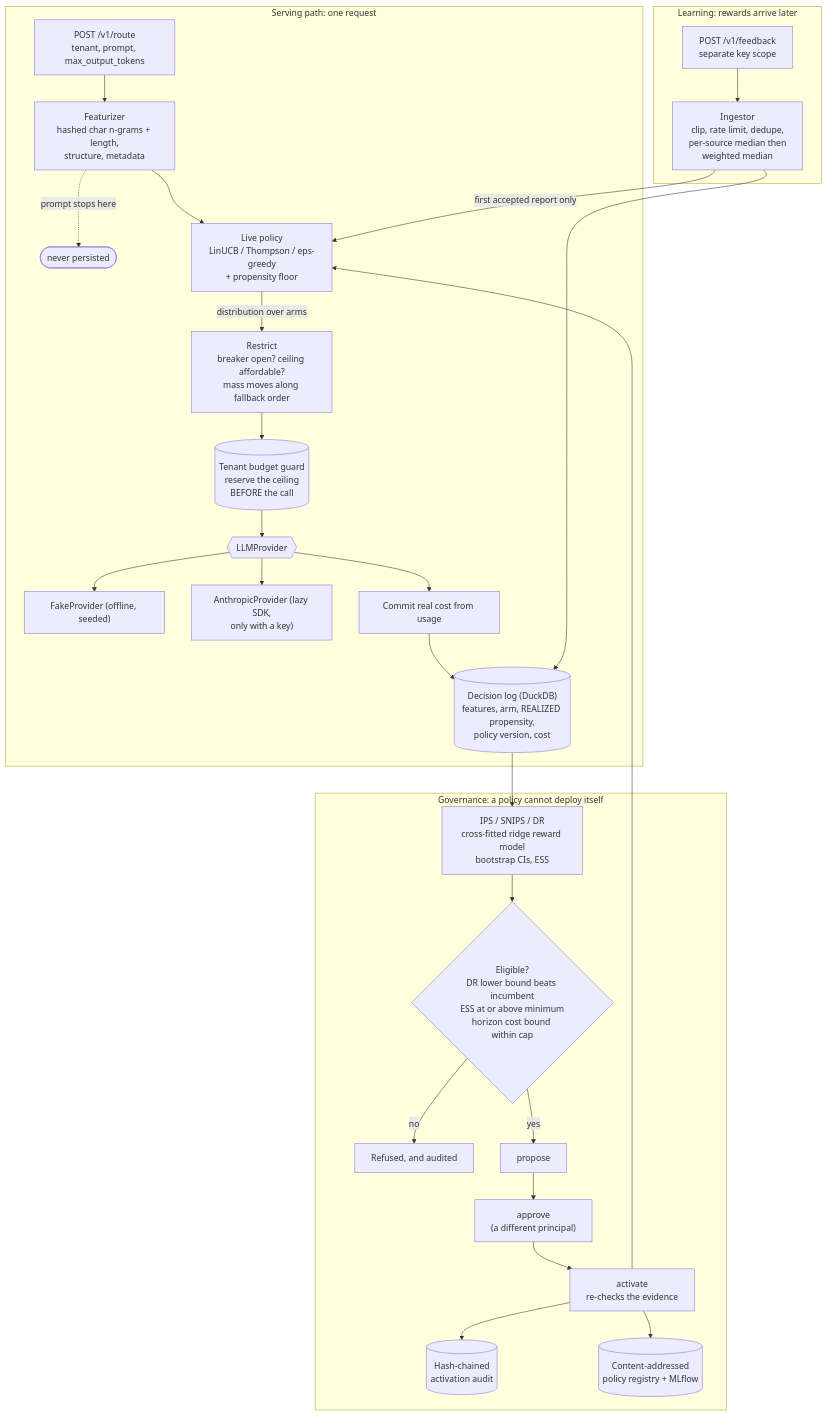
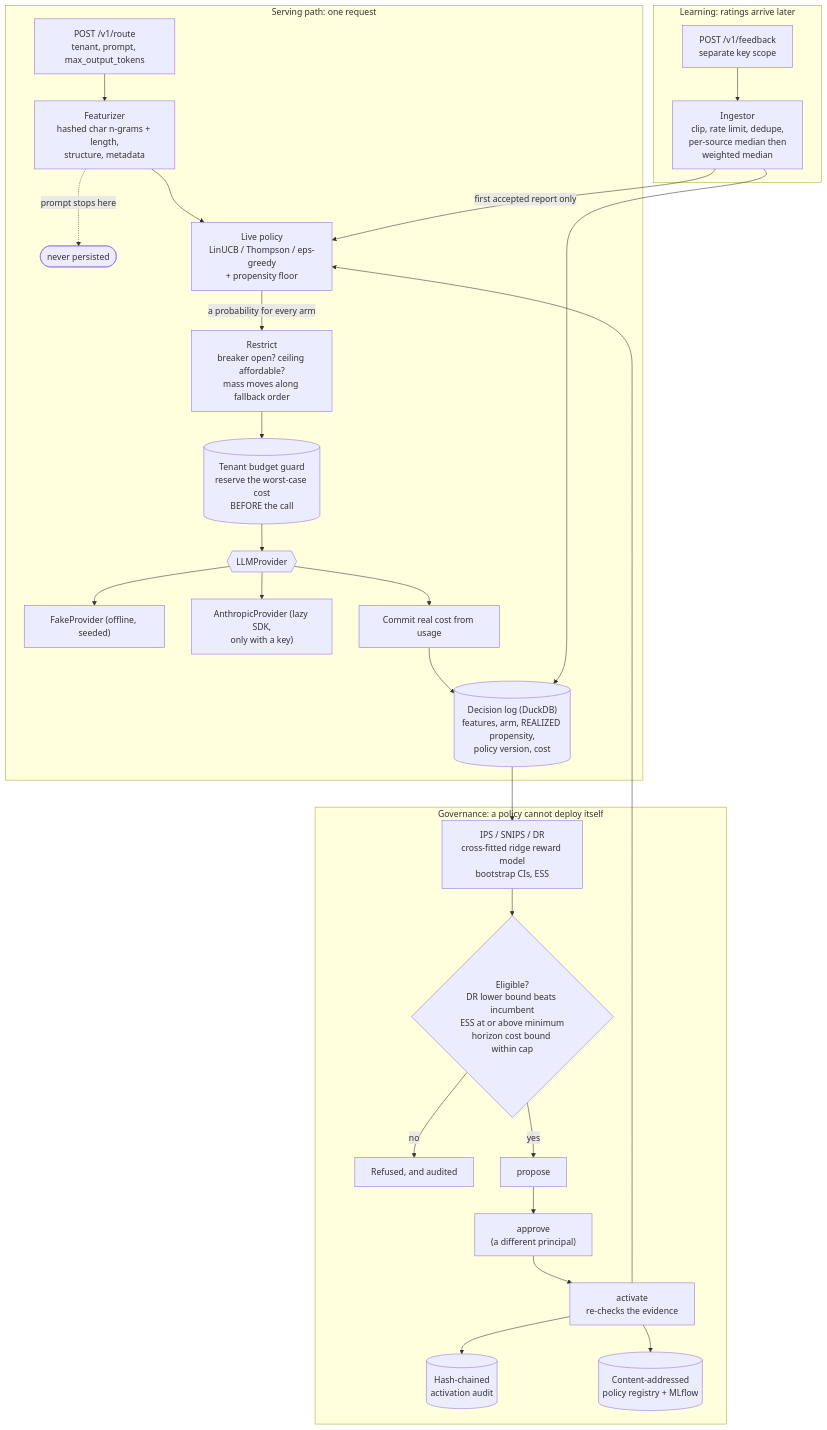
Before and after one commit to rouviere-german/bandit-llm-router: the diagram in README.md, drawn with Mermaid. The commit also changed other lines of this file, not shown here.

````diff
--- a/README.md
+++ b/README.md
@@ -33,33 +59,33 @@
 ```mermaid
 flowchart TB
     subgraph serve["Serving path: one request"]
         req["POST /v1/route<br/>tenant, prompt, max_output_tokens"] --> feat["Featurizer<br/>hashed char n-grams + length,<br/>structure, metadata"]
         feat -.->|"prompt stops here"| stop(["never persisted"])
         feat --> pol["Live policy<br/>LinUCB / Thompson / eps-greedy<br/>+ propensity floor"]
-        pol -->|"distribution over arms"| restrict["Restrict<br/>breaker open? ceiling affordable?<br/>mass moves along fallback order"]
-        restrict --> reserve[("Tenant budget guard<br/>reserve the ceiling<br/>BEFORE the call")]
+        pol -->|"a probability for every arm"| restrict["Restrict<br/>breaker open? ceiling affordable?<br/>mass moves along fallback order"]
+        restrict --> reserve[("Tenant budget guard<br/>reserve the worst-case cost<br/>BEFORE the call")]
         reserve --> prov{{"LLMProvider"}}
         prov --> fake["FakeProvider (offline, seeded)"]
         prov --> claude["AnthropicProvider (lazy SDK,<br/>only with a key)"]
         prov --> commit["Commit real cost from usage"]
         commit --> log[("Decision log (DuckDB)<br/>features, arm, REALIZED propensity,<br/>policy version, cost")]
     end
 
-    subgraph learn["Learning: rewards arrive later"]
+    subgraph learn["Learning: ratings arrive later"]
         fb["POST /v1/feedback<br/>separate key scope"] --> ing["Ingestor<br/>clip, rate limit, dedupe,<br/>per-source median then<br/>weighted median"]
         ing --> log
         ing -->|"first accepted report only"| pol
     end
 
     subgraph gov["Governance: a policy cannot deploy itself"]
         log --> ope["IPS / SNIPS / DR<br/>cross-fitted ridge reward model<br/>bootstrap CIs, ESS"]
         ope --> screen{"Eligible?<br/>DR lower bound beats incumbent<br/>ESS at or above minimum<br/>horizon cost bound within cap"}
         screen -->|no| refuse["Refused, and audited"]
         screen -->|yes| propose["propose"]
         propose --> approve["approve<br/>(a different principal)"]
         approve --> activate["activate<br/>re-checks the evidence"]
         activate --> pol
         activate --> audit[("Hash-chained<br/>activation audit")]
         activate --> reg[("Content-addressed<br/>policy registry + MLflow")]
     end
 ```
````
